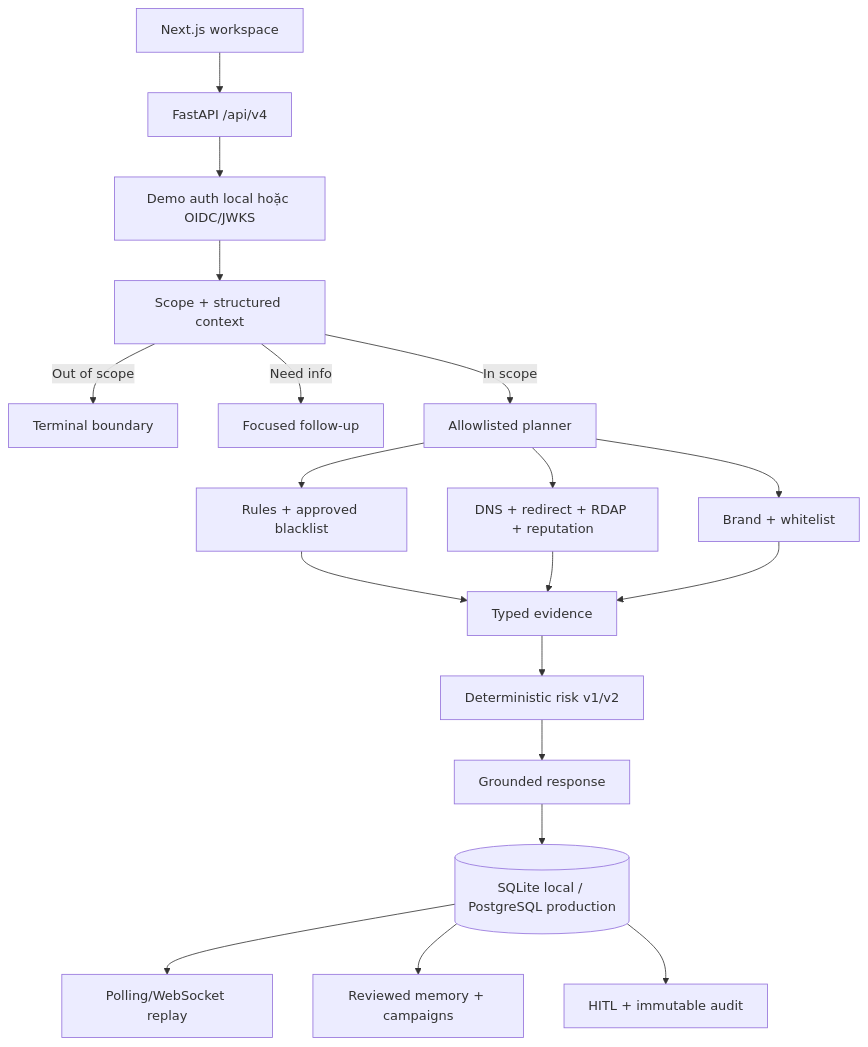
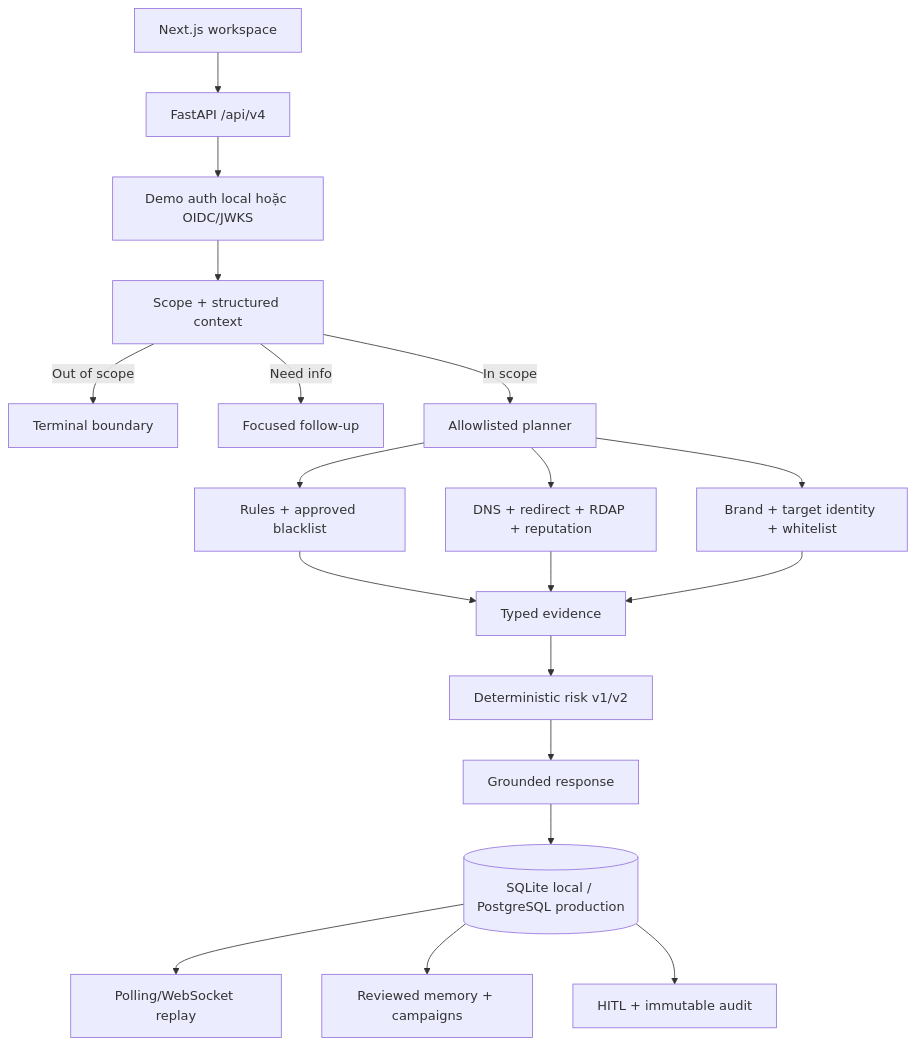
The diagram in docs/PRODUCT_ARCHITECTURE.md (Binhdn04/TrustGuard-AI), drawn with Mermaid before and after one commit. The commit also changed other lines of this file and 63 other files, not shown here.

````diff
--- a/docs/PRODUCT_ARCHITECTURE.md
+++ b/docs/PRODUCT_ARCHITECTURE.md
@@ -35,21 +35,21 @@
 ```mermaid
 flowchart TD
     UI[Next.js workspace] --> API[FastAPI /api/v4]
     API --> Auth[Demo auth local hoặc OIDC/JWKS]
     Auth --> Scope[Scope + structured context]
     Scope -->|Out of scope| Boundary[Terminal boundary]
     Scope -->|Need info| FollowUp[Focused follow-up]
     Scope -->|In scope| Planner[Allowlisted planner]
     Planner --> Local[Rules + approved blacklist]
     Planner --> Network[DNS + redirect + RDAP + reputation]
-    Planner --> Trust[Brand + whitelist]
+    Planner --> Trust[Brand + target identity + whitelist]
     Local --> Evidence[Typed evidence]
     Network --> Evidence
     Trust --> Evidence
     Evidence --> Risk[Deterministic risk v1/v2]
     Risk --> Response[Grounded response]
     Response --> Store[(SQLite local / PostgreSQL production)]
     Store --> Events[Polling/WebSocket replay]
     Store --> Memory[Reviewed memory + campaigns]
     Store --> Admin[HITL + immutable audit]
 ```
````
